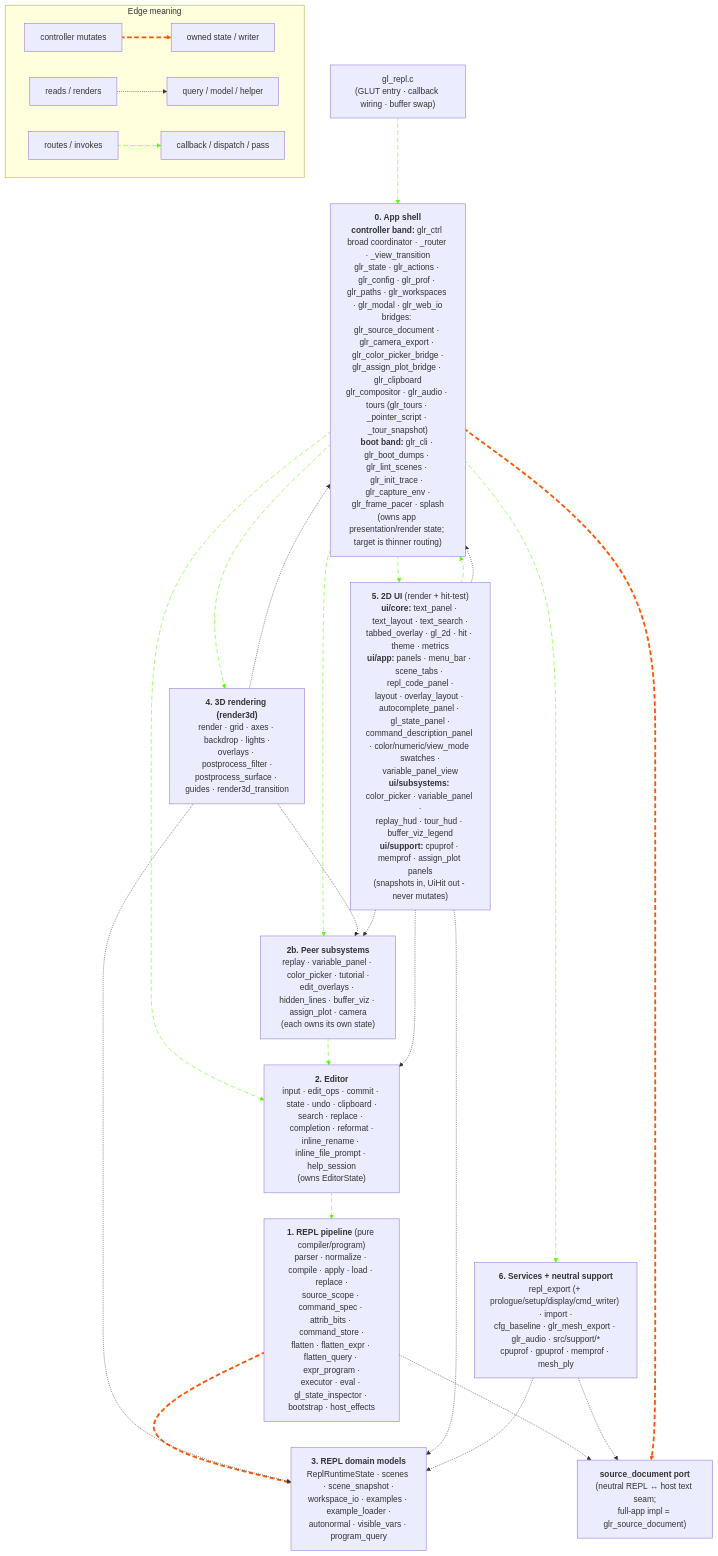
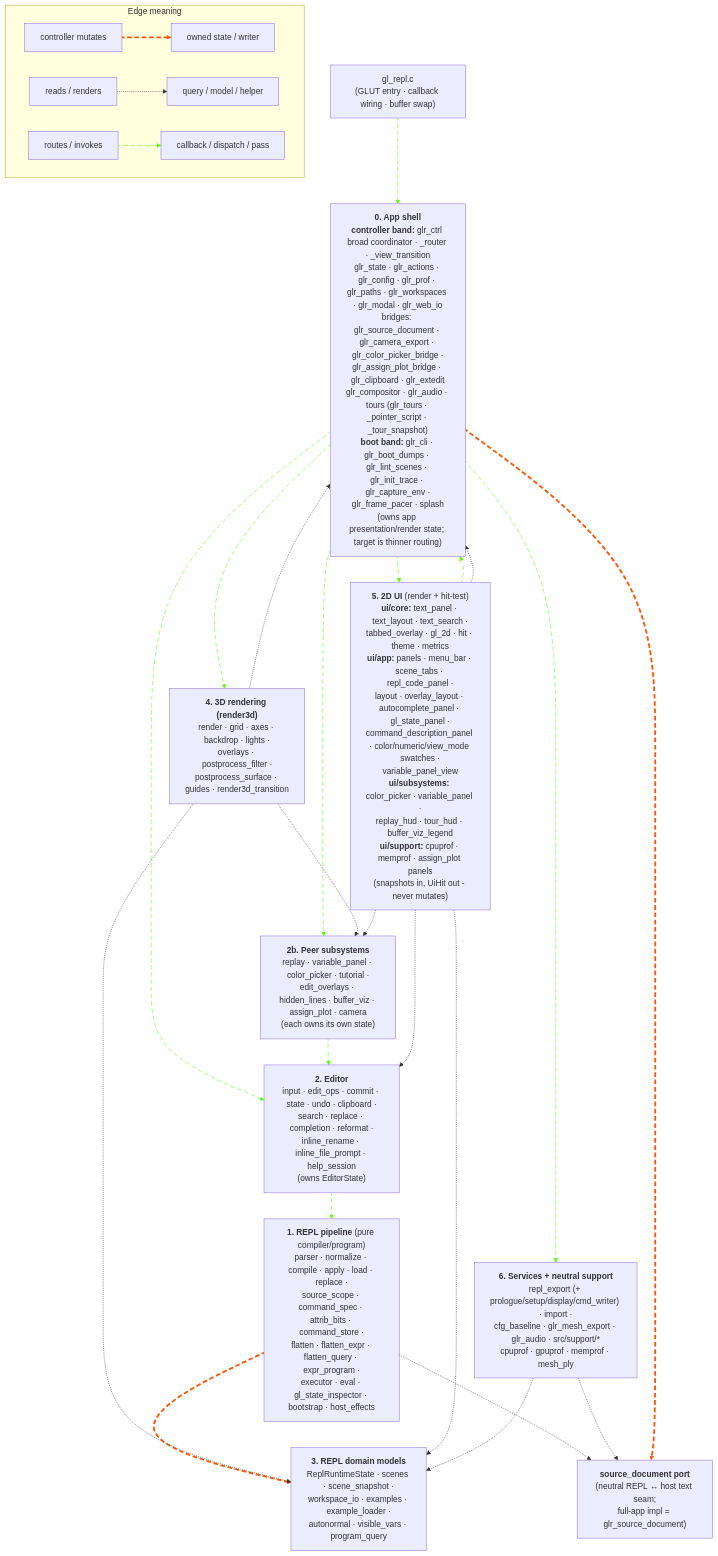
Before and after one commit to drewwoods/gl-repl: the first of 2 diagrams in docs/MODULES.md, drawn with Mermaid. The commit also changed other lines of this file and 19 other files, not shown here.

First line of the commit message:
app(extedit): --watch, the external-editor sync gate

````diff
--- a/docs/MODULES.md
+++ b/docs/MODULES.md
@@ -749,79 +750,79 @@
 ```mermaid
 flowchart TB
     subgraph legend["Edge meaning"]
         lmut_a["controller mutates"] e1@==> lmut_b["owned state / writer"]
         lread_a["reads / renders"] -.-> lread_b["query / model / helper"]
         lflow_a["routes / invokes"] i1@--> lflow_b["callback / dispatch / pass"]
     end
 
     gl_repl["gl_repl.c<br/>(GLUT entry · callback wiring · buffer swap)"]
 
-    app["<b>0. App shell</b><br/><b>controller band:</b> glr_ctrl broad coordinator · _router · _view_transition<br/>glr_state · glr_actions · glr_config · glr_prof · glr_paths · glr_workspaces · glr_modal · glr_web_io<br/>bridges: glr_source_document · glr_camera_export · glr_color_picker_bridge ·<br/>glr_assign_plot_bridge · glr_clipboard<br/>glr_compositor · glr_audio · tours (glr_tours · _pointer_script · _tour_snapshot)<br/><b>boot band:</b> glr_cli · glr_boot_dumps · glr_lint_scenes · glr_init_trace · glr_capture_env ·<br/>glr_frame_pacer · splash<br/>(owns app presentation/render state; target is thinner routing)"]
+    app["<b>0. App shell</b><br/><b>controller band:</b> glr_ctrl broad coordinator · _router · _view_transition<br/>glr_state · glr_actions · glr_config · glr_prof · glr_paths · glr_workspaces · glr_modal · glr_web_io<br/>bridges: glr_source_document · glr_camera_export · glr_color_picker_bridge ·<br/>glr_assign_plot_bridge · glr_clipboard · glr_extedit<br/>glr_compositor · glr_audio · tours (glr_tours · _pointer_script · _tour_snapshot)<br/><b>boot band:</b> glr_cli · glr_boot_dumps · glr_lint_scenes · glr_init_trace · glr_capture_env ·<br/>glr_frame_pacer · splash<br/>(owns app presentation/render state; target is thinner routing)"]
 
     editor["<b>2. Editor</b><br/>input · edit_ops · commit · state · undo · clipboard ·<br/>search · replace · completion · reformat ·<br/>inline_rename · inline_file_prompt · help_session<br/>(owns EditorState)"]
 
     peers["<b>2b. Peer subsystems</b><br/>replay · variable_panel · color_picker · tutorial ·<br/>edit_overlays · hidden_lines · buffer_viz · assign_plot · camera<br/>(each owns its own state)"]
 
     repl["<b>1. REPL pipeline</b> (pure compiler/program)<br/>parser · normalize · compile · apply · load · replace ·<br/>source_scope · command_spec · attrib_bits · command_store ·<br/>flatten · flatten_expr · flatten_query · expr_program ·<br/>executor · eval · gl_state_inspector · bootstrap · host_effects"]
 
     models["<b>3. REPL domain models</b><br/>ReplRuntimeState · scenes · scene_snapshot ·<br/>workspace_io · examples · example_loader ·<br/>autonormal · visible_vars · program_query"]
 
     srcdoc["<b>source_document port</b><br/>(neutral REPL ↔ host text seam;<br/>full-app impl = glr_source_document)"]
 
     ui["<b>5. 2D UI</b> (render + hit-test)<br/><b>ui/core:</b> text_panel · text_layout · text_search ·<br/>tabbed_overlay · gl_2d · hit · theme · metrics<br/><b>ui/app:</b> panels · menu_bar · scene_tabs · repl_code_panel ·<br/>layout · overlay_layout · autocomplete_panel · gl_state_panel ·<br/>command_description_panel · color/numeric/view_mode swatches ·<br/>variable_panel_view<br/><b>ui/subsystems:</b> color_picker · variable_panel ·<br/>replay_hud · tour_hud · buffer_viz_legend<br/><b>ui/support:</b> cpuprof · memprof · assign_plot panels<br/>(snapshots in, UiHit out - never mutates)"]
 
     render3d["<b>4. 3D rendering (render3d)</b><br/>render · grid · axes · backdrop · lights ·<br/>overlays · postprocess_filter ·<br/>postprocess_surface · guides · render3d_transition"]
 
     services["<b>6. Services + neutral support</b><br/>repl_export (+ prologue/setup/display/cmd_writer) · import ·<br/>cfg_baseline · glr_mesh_export · glr_audio · src/support/*<br/>cpuprof · gpuprof · memprof · mesh_ply"]
 
     %% Raw input flow: gl_repl.c hands GLUT events to the app shell. UI
     %% hit-tests are passive - they compute a UiHit and hand it back to
     %% the controller for dispatch.
     gl_repl i2@--> app
     ui i3@--> app
 
     %% App shell routes raw input to the owning subsystem, drives the
     %% frame, and calls UI/render3d/services.
     app i4@--> editor
     app i5@--> peers
     app i6@--> render3d
     app i7@--> ui
     app i8@--> services
 
     %% Editor commit is the only path crossing INTO the REPL pipeline.
     %% REPL apply / command_store mutates the program model.
     editor i9@--> repl
     repl e2@==> models
 
     %% Peers write back through the editor (color_picker rewrites a
     %% source line via editor_commit_apply_external_change; the
     %% variable_panel drag rewrites a numeric token the same way).
     peers i10@--> editor
 
     %% Source-document port: REPL pipeline reads/writes source text
     %% through the neutral port, and services read source through it
     %% too. The full-app adapter (app layer) delegates writes to the
     %% editor buffer - editor stays the single underlying writer.
     repl -.-> srcdoc
     services -.-> srcdoc
     app e3@==> srcdoc
 
     %% Render is read-only: render3d and UI consume snapshots of program /
     %% editor / peer / app state. They never mutate.
     render3d -.-> models
     render3d -.-> peers
     render3d -.-> app
     ui -.-> editor
     ui -.-> models
     ui -.-> peers
     ui -.-> app
 
     %% Services read program and editor state to persist/replay.
     services -.-> models
 
     classDef animateE stroke:#f50,stroke-dasharray: 9\,5,stroke-dashoffset: 900,animation: dash 90s linear infinite;
     classDef animateF stroke:#5f0,stroke-dasharray: 9\,5,stroke-dashoffset: 900,animation: dash 90s linear infinite;
 
     class e1,e2,e3 animateE
     class i1,i2,i3,i4,i5,i6,i7,i8,i9,i10 animateF
 ```
````
